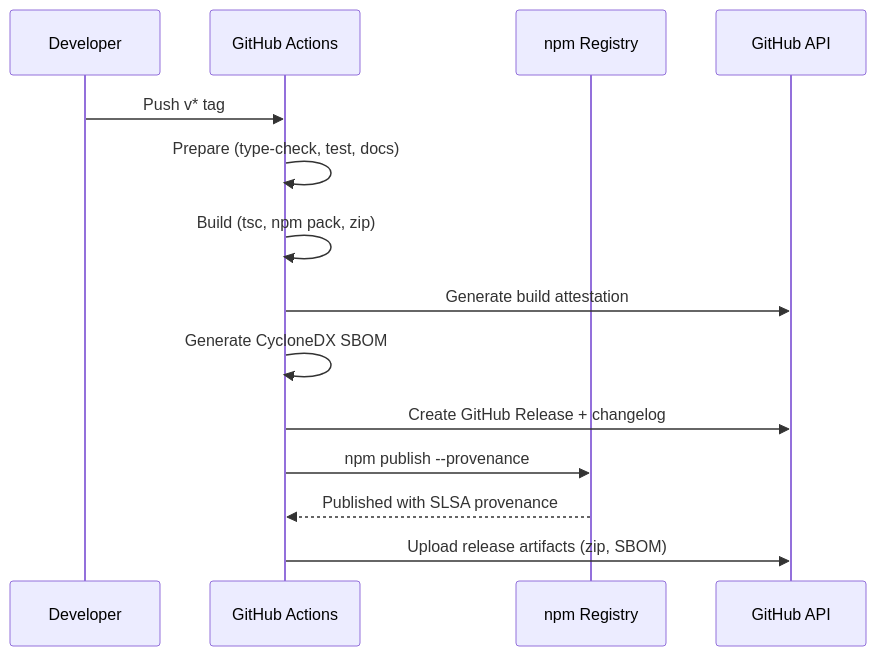
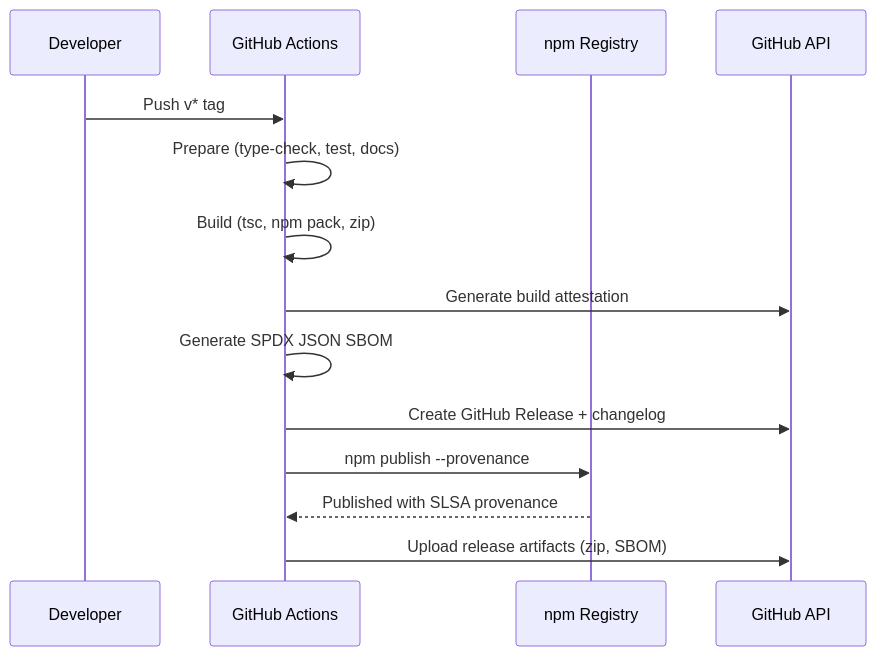
One commit to Hack23/European-Parliament-MCP-Server changed the third of 4 diagrams in docs/api-markdown/_media/WORKFLOWS-1.md. Above: the diagram before and after it, drawn with Mermaid. The commit also changed other lines of this file and 1862 other files, not shown here.

````diff
--- a/docs/api-markdown/_media/WORKFLOWS-1.md
+++ b/docs/api-markdown/_media/WORKFLOWS-1.md
@@ -418,17 +420,17 @@
 ```mermaid
 sequenceDiagram
     participant Dev as Developer
     participant GH as GitHub Actions
     participant NPM as npm Registry
     participant API as GitHub API
 
     Dev->>GH: Push v* tag
     GH->>GH: Prepare (type-check, test, docs)
     GH->>GH: Build (tsc, npm pack, zip)
     GH->>API: Generate build attestation
-    GH->>GH: Generate CycloneDX SBOM
+    GH->>GH: Generate SPDX JSON SBOM
     GH->>API: Create GitHub Release + changelog
     GH->>NPM: npm publish --provenance
     NPM-->>GH: Published with SLSA provenance
     GH->>API: Upload release artifacts (zip, SBOM)
 ```
````
